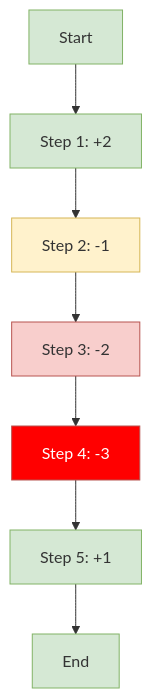
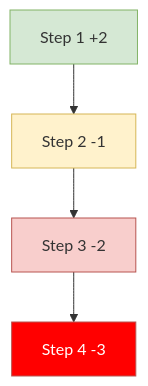
The second of 4 diagrams in canvas/references/echo-integration.md (belinwu/simota-skills), drawn with Mermaid before and after one commit. The commit also changed other lines of this file and 13 other files, not shown here.

````diff
--- a/canvas/references/echo-integration.md
+++ b/canvas/references/echo-integration.md
@@ -193,14 +97,11 @@
 ```mermaid
 flowchart TD
     classDef positive fill:#d5e8d4,stroke:#82b366
     classDef neutral fill:#fff2cc,stroke:#d6b656
     classDef negative fill:#f8cecc,stroke:#b85450
-    classDef critical fill:#ff0000,stroke:#b85450,color:#fff
+    classDef critical fill:#ff0000,stroke:#b85450,color:#ffffff
 
-    A[Start]:::positive --> B[Step 1: +2]:::positive
-    B --> C[Step 2: -1]:::neutral
-    C --> D[Step 3: -2]:::negative
-    D --> E[Step 4: -3]:::critical
-    E --> F[Step 5: +1]:::positive
-    F --> G[End]:::positive
+    A[Step 1 +2]:::positive --> B[Step 2 -1]:::neutral
+    B --> C[Step 3 -2]:::negative
+    C --> D[Step 4 -3]:::critical
 ```
````
